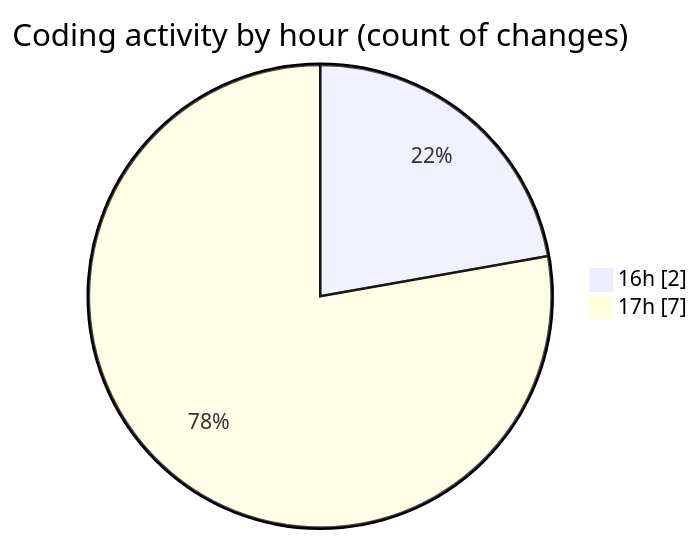
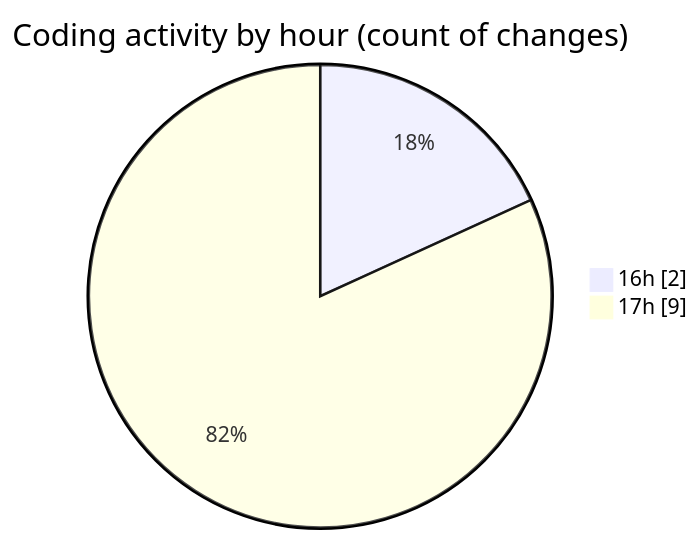
The second of 2 diagrams in 2025-08-21/enfold-child/README.md (debugP/code-tracking), drawn with Mermaid before and after one commit. The commit also changed other lines of this file and 1 other file, not shown here.

````diff
--- a/2025-08-21/enfold-child/README.md
+++ b/2025-08-21/enfold-child/README.md
@@ -29,6 +30,6 @@
 ```mermaid
 pie showData
 title Coding activity by hour (count of changes)
 "16h" : 2
-"17h" : 7
+"17h" : 9
 ```
````
